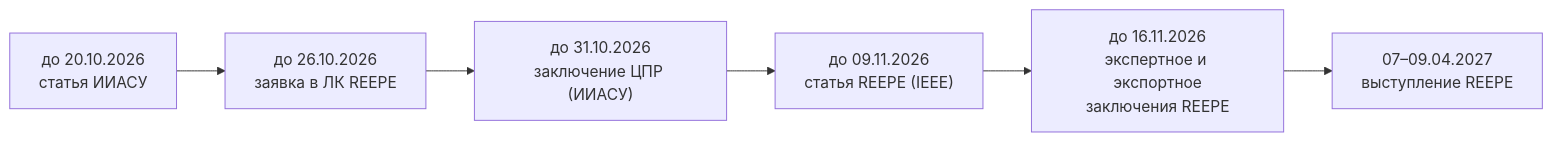
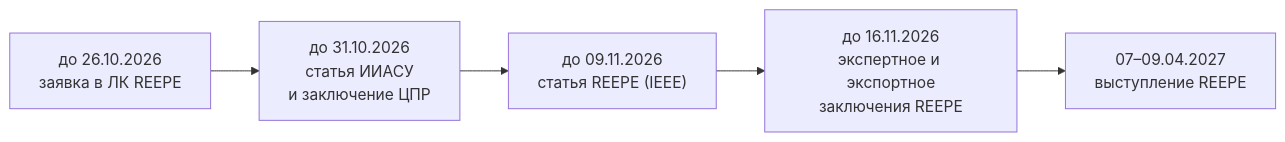
One commit to RedAlexDad/WalkingRobotSim changed the diagram in docs/publications/plan.md. Above: the diagram before and after it, drawn with Mermaid. The commit also changed other lines of this file and 2 other files, not shown here.

First line of the commit message:
docs: уточнить срок ИИАСУ (31.10) и секцию статьи

````diff
--- a/docs/publications/plan.md
+++ b/docs/publications/plan.md
@@ -26,8 +26,7 @@
 ```mermaid
 graph LR
-    A["до 20.10.2026<br/>статья ИИАСУ"] --> B["до 26.10.2026<br/>заявка в ЛК REEPE"]
-    B --> C["до 31.10.2026<br/>заключение ЦПР (ИИАСУ)"]
-    C --> D["до 09.11.2026<br/>статья REEPE (IEEE)"]
+    A["до 26.10.2026<br/>заявка в ЛК REEPE"] --> B["до 31.10.2026<br/>статья ИИАСУ<br/>и заключение ЦПР"]
+    B --> D["до 09.11.2026<br/>статья REEPE (IEEE)"]
     D --> E["до 16.11.2026<br/>экспертное и экспортное<br/>заключения REEPE"]
     E --> F["07–09.04.2027<br/>выступление REEPE"]
 ```
````
